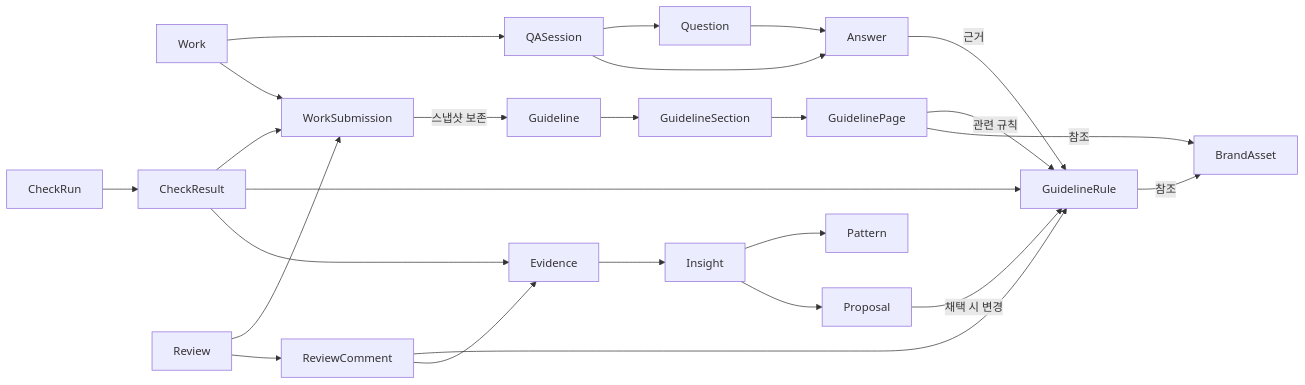
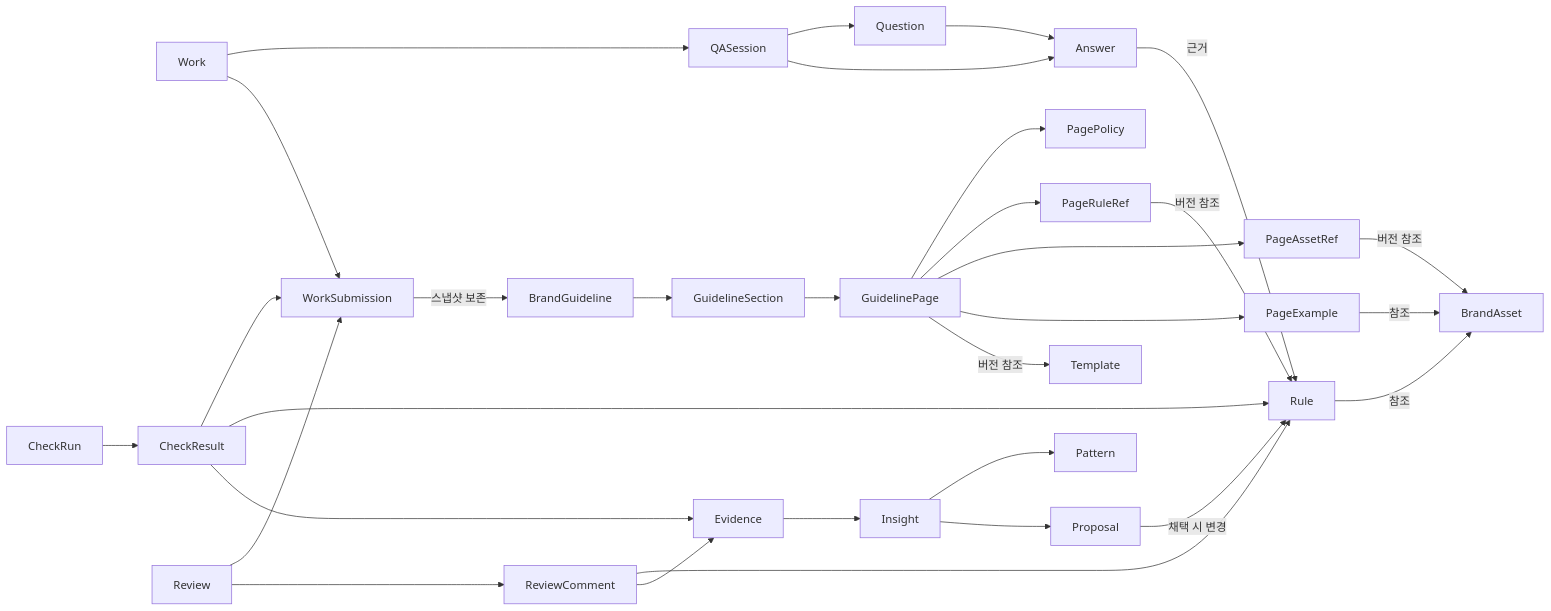
The diagram in docs/04-domain-model.md (ewoooo/living-brand-system), drawn with Mermaid before and after one commit. The commit also changed other lines of this file and 2 other files, not shown here.

Commit message:
docs: refine guideline domain model

````diff
--- a/docs/04-domain-model.md
+++ b/docs/04-domain-model.md
@@ -146,46 +172,57 @@
 ```mermaid
 flowchart LR
-  Guideline["Guideline"]
+  Guideline["BrandGuideline"]
   Section["GuidelineSection"]
   Page["GuidelinePage"]
-  Rule["GuidelineRule"]
+  Policy["PagePolicy"]
+  RuleRef["PageRuleRef"]
+  AssetRef["PageAssetRef"]
+  Example["PageExample"]
+  Rule["Rule"]
   Asset["BrandAsset"]
+  Template["Template"]
   Work["Work"]
   QASession["QASession"]
   Question["Question"]
   Answer["Answer"]
   Submission["WorkSubmission"]
   CheckRun["CheckRun"]
   CheckResult["CheckResult"]
   Review["Review"]
   Comment["ReviewComment"]
   Insight["Insight"]
   Evidence["Evidence"]
   Pattern["Pattern"]
   Proposal["Proposal"]
 
   Guideline --> Section
   Section --> Page
-  Page -->|"관련 규칙"| Rule
-  Page -->|"참조"| Asset
+  Page --> Policy
+  Page --> RuleRef
+  RuleRef -->|"버전 참조"| Rule
+  Page --> AssetRef
+  AssetRef -->|"버전 참조"| Asset
+  Page --> Example
+  Example -->|"참조"| Asset
+  Page -->|"버전 참조"| Template
   Rule -->|"참조"| Asset
   Work --> QASession
   QASession --> Question
   QASession --> Answer
   Question --> Answer
   Answer -->|"근거"| Rule
   Work --> Submission
   Submission -->|"스냅샷 보존"| Guideline
   CheckRun --> CheckResult
   CheckResult --> Submission
   CheckResult --> Rule
   Review --> Submission
   Review --> Comment
   Comment --> Rule
   CheckResult --> Evidence
   Comment --> Evidence
   Evidence --> Insight
   Insight --> Pattern
   Insight --> Proposal
   Proposal -->|"채택 시 변경"| Rule
 ```
````
